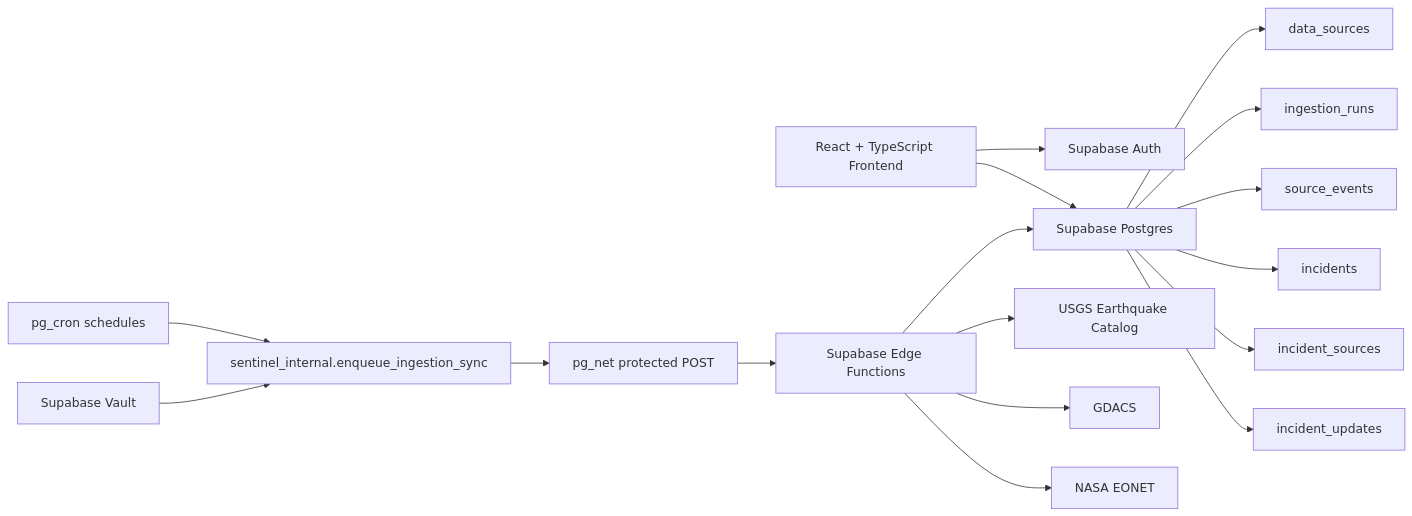
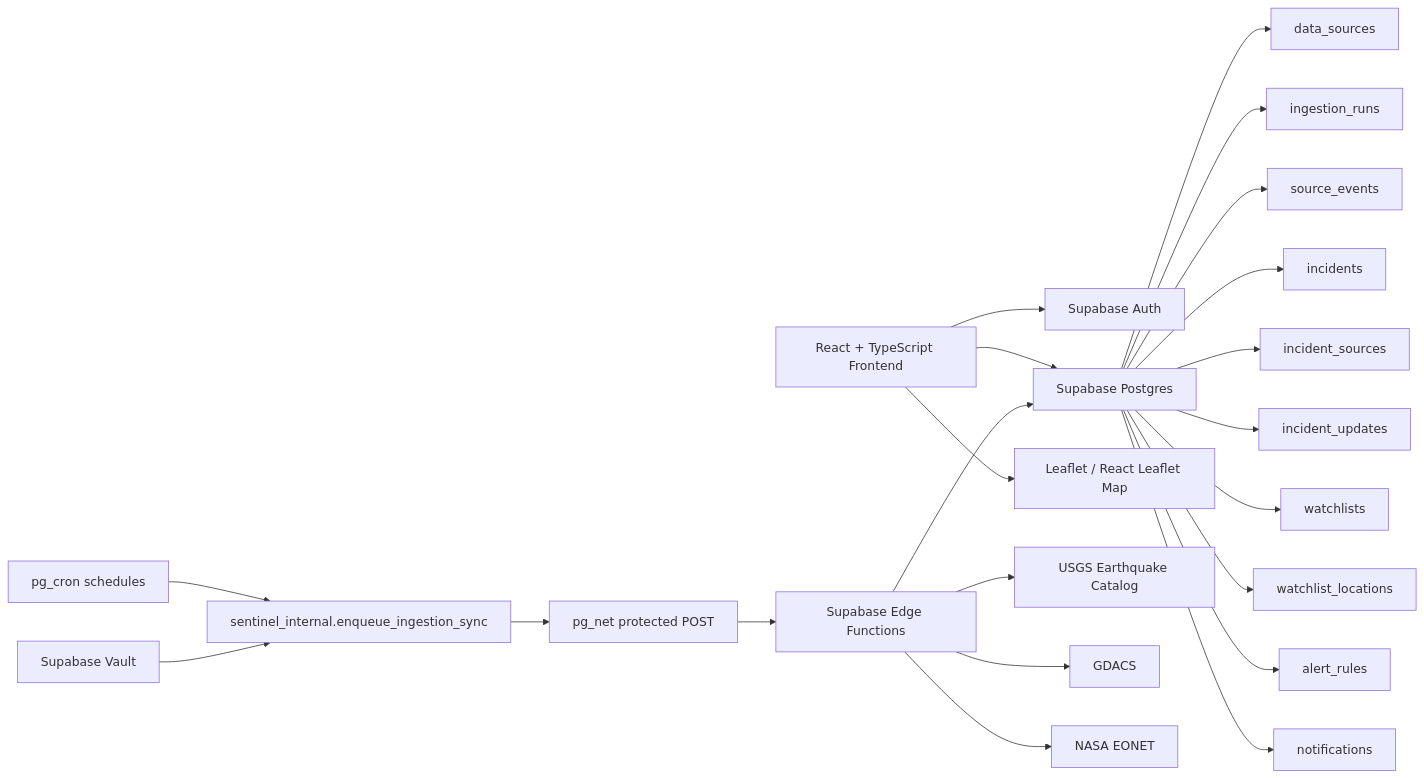
Before and after one commit to Ashxx1212/sentinel-atlas-global-disruption-intelligence: the diagram in README.md, drawn with Mermaid. The commit also changed other lines of this file, not shown here.

Commit message:
docs: update Sentinel Atlas project README

````diff
--- a/README.md
+++ b/README.md
@@ -109,24 +148,29 @@
 ```mermaid
 flowchart LR
     A[React + TypeScript Frontend] --> B[Supabase Auth]
     A --> C[Supabase Postgres]
+    A --> D[Leaflet / React Leaflet Map]
 
-    D[pg_cron schedules] --> E[sentinel_internal.enqueue_ingestion_sync]
-    E --> F[pg_net protected POST]
-    F --> G[Supabase Edge Functions]
+    E[pg_cron schedules] --> F[sentinel_internal.enqueue_ingestion_sync]
+    F --> G[pg_net protected POST]
+    G --> H[Supabase Edge Functions]
 
-    H[Supabase Vault] --> E
+    I[Supabase Vault] --> F
 
-    G --> I[USGS Earthquake Catalog]
-    G --> J[GDACS]
-    G --> K[NASA EONET]
+    H --> J[USGS Earthquake Catalog]
+    H --> K[GDACS]
+    H --> L[NASA EONET]
 
-    G --> C
+    H --> C
 
-    C --> L[data_sources]
-    C --> M[ingestion_runs]
-    C --> N[source_events]
-    C --> O[incidents]
-    C --> P[incident_sources]
-    C --> Q[incident_updates]
+    C --> M[data_sources]
+    C --> N[ingestion_runs]
+    C --> O[source_events]
+    C --> P[incidents]
+    C --> Q[incident_sources]
+    C --> R[incident_updates]
+    C --> S[watchlists]
+    C --> T[watchlist_locations]
+    C --> U[alert_rules]
+    C --> V[notifications]
 ```
````
